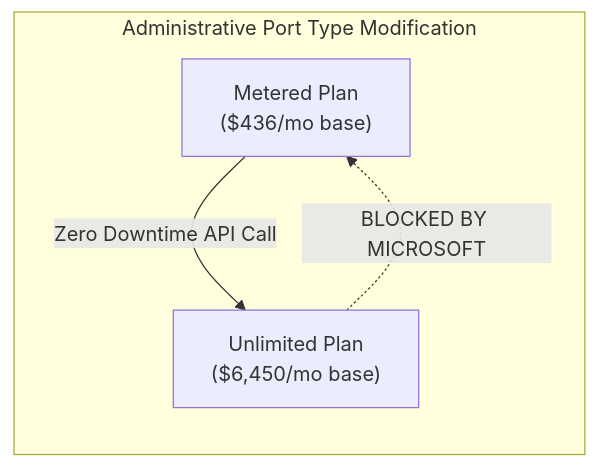
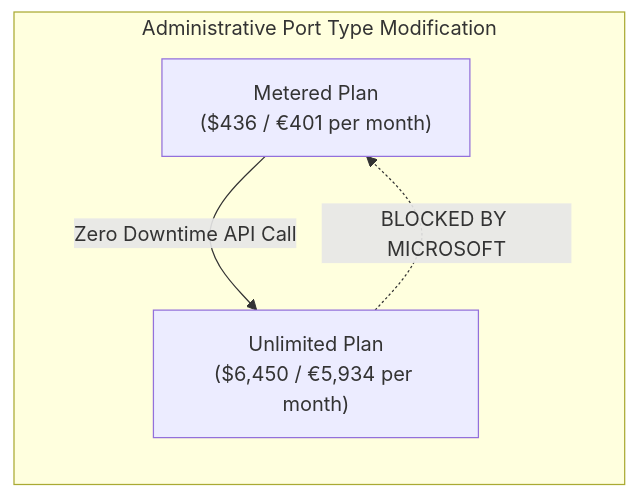
The diagram in docs/math-models/expressroute-breakeven.md (nubenetes/azure-hybrid-iaas-finops-framework), drawn with Mermaid before and after one commit. The commit also changed other lines of this file and 5 other files, not shown here.

````diff
--- a/docs/math-models/expressroute-breakeven.md
+++ b/docs/math-models/expressroute-breakeven.md
@@ -74,7 +73,7 @@
 ```mermaid
 graph LR
     subgraph Transition["Administrative Port Type Modification"]
-        Metered["Metered Plan<br/>($436/mo base)"] -->|Zero Downtime API Call| Unlimited["Unlimited Plan<br/>($6,450/mo base)"]
+        Metered["Metered Plan<br/>($436 / €401 per month)"] -->|Zero Downtime API Call| Unlimited["Unlimited Plan<br/>($6,450 / €5,934 per month)"]
         Unlimited -.->|BLOCKED BY MICROSOFT| Metered
     end
 ```
````
